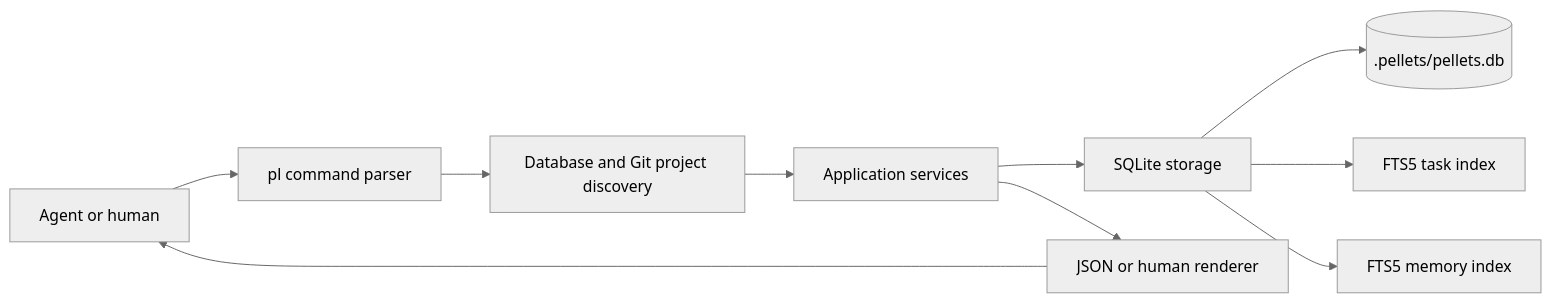
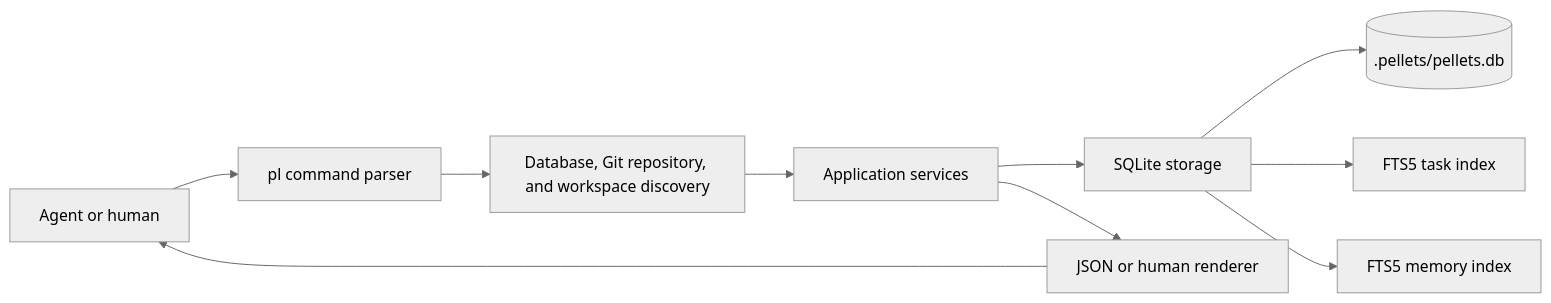
The diagram in docs/architecture.md (isaksky/pellets), drawn with Mermaid (neutral theme) before and after one commit. The commit also changed other lines of this file and 24 other files, not shown here.

````diff
--- a/docs/architecture.md
+++ b/docs/architecture.md
@@ -22,12 +22,12 @@
 ```mermaid
 flowchart LR
     A[Agent or human] --> B[pl command parser]
-    B --> C[Database and Git project discovery]
+    B --> C[Database, Git repository, and workspace discovery]
     C --> D[Application services]
     D --> E[SQLite storage]
     E --> F[(.pellets/pellets.db)]
     E --> G[FTS5 task index]
     E --> H[FTS5 memory index]
     D --> I[JSON or human renderer]
     I --> A
 ```
````
